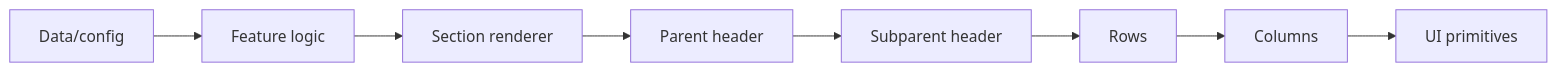
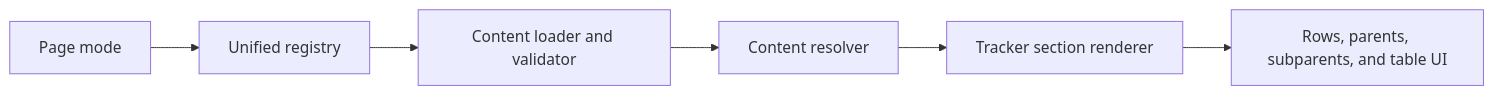
One commit to Zahzr/RSDailies changed the second of 2 diagrams in docs/architecture/authority-map.md. Above: the diagram before and after it, drawn with Mermaid. The commit also changed other lines of this file and 244 other files, not shown here.

Commit message:
Finalize content-driven tracker refactor

````diff
--- a/docs/architecture/authority-map.md
+++ b/docs/architecture/authority-map.md
@@ -54,10 +42,8 @@
 ```mermaid
 flowchart LR
-    A[Data/config] --> B[Feature logic]
-    B --> C[Section renderer]
-    C --> D[Parent header]
-    D --> E[Subparent header]
-    E --> F[Rows]
-    F --> G[Columns]
-    G --> H[UI primitives]
+    A[Page mode] --> B[Unified registry]
+    B --> C[Content loader and validator]
+    C --> D[Content resolver]
+    D --> E[Tracker section renderer]
+    E --> F[Rows, parents, subparents, and table UI]
 ```
````
